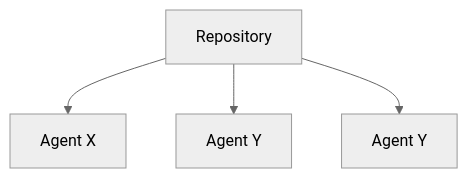
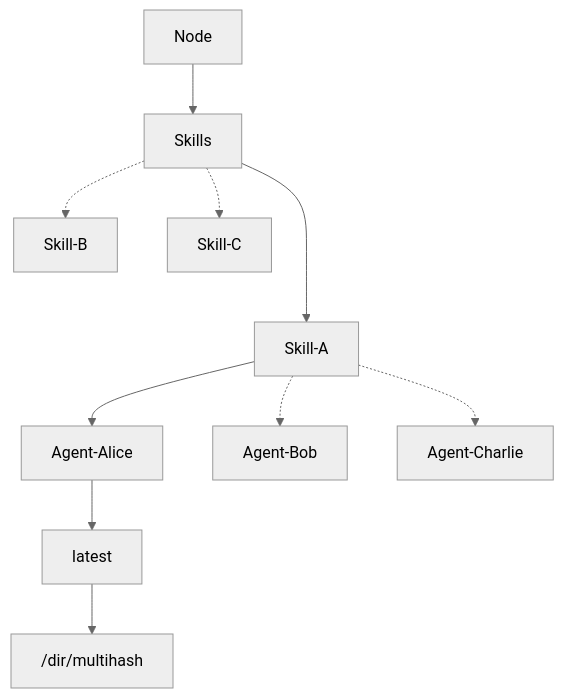
The second of 2 diagrams in ARCHITECTURE.md (agntcy/dir), drawn with Mermaid (neutral theme) before and after one commit. The commit also changed other lines of this file, not shown here.

````diff
--- a/ARCHITECTURE.md
+++ b/ARCHITECTURE.md
@@ -73,6 +142,16 @@
 ```mermaid
 flowchart TD
-    A[Repository] --> B[Agent X]
-    A[Repository] --> C[Agent Y]
-    A[Repository] --> D[Agent Y]
+    Node --> Skills
+
+    Skills ---> Skill-A
+    Skills .-> Skill-B
+    Skills .-> Skill-C
+
+    Skill-A --> Agent-Alice
+    Skill-A .-> Agent-Bob
+    Skill-A .-> Agent-Charlie
+
+    Agent-Alice --> latest
+
+    latest --> /dir/multihash
 ```
````
